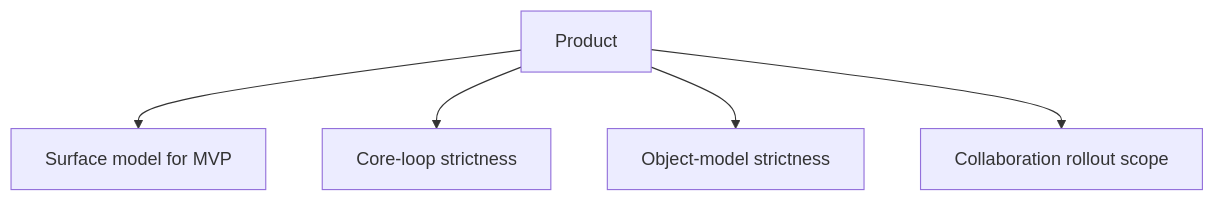
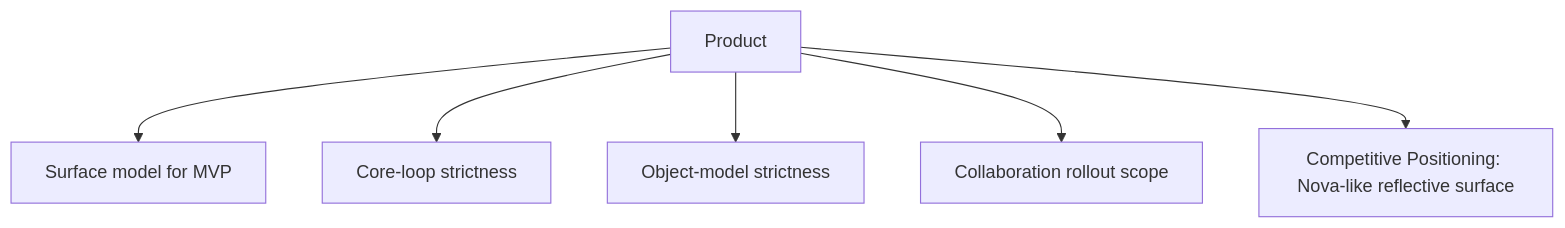
The first of 3 diagrams in docs/decision/DECISION_TREE_MINDMAP.md (haz3141/project-praxis), drawn with Mermaid before and after one commit. The commit also changed other lines of this file and 2 other files, not shown here.

First line of the commit message:
docs(decision): augment with Nova comparative insights

````diff
--- a/docs/decision/DECISION_TREE_MINDMAP.md
+++ b/docs/decision/DECISION_TREE_MINDMAP.md
@@ -8,7 +8,8 @@
 ```mermaid
 flowchart TD
   P[Product] --> P1[Surface model for MVP]
   P --> P2[Core-loop strictness]
   P --> P3[Object-model strictness]
   P --> P4[Collaboration rollout scope]
+  P --> P5[Competitive Positioning: Nova-like reflective surface]
 ```
````
